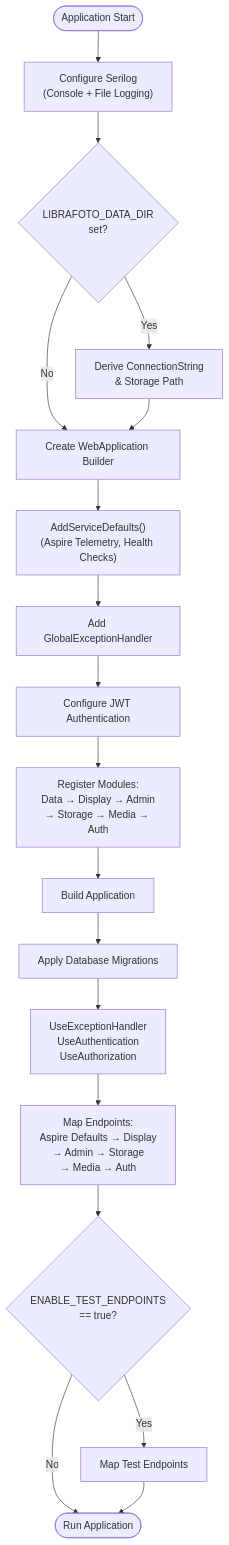
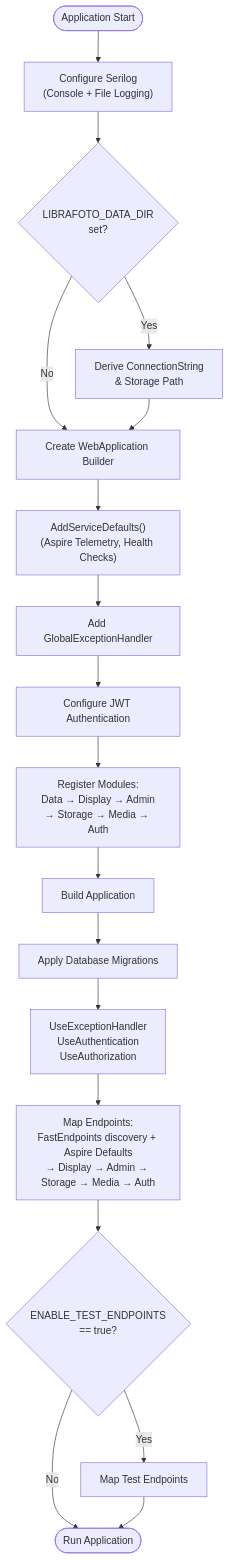
Before and after one commit to joelmeaders/LibraFoto: the third of 4 diagrams in docs/api/architecture-overview.md, drawn with Mermaid. The commit also changed other lines of this file and 299 other files, not shown here.

````diff
--- a/docs/api/architecture-overview.md
+++ b/docs/api/architecture-overview.md
@@ -146,22 +156,22 @@
 ```mermaid
 flowchart TD
     Start([Application Start]) --> Serilog["Configure Serilog<br/>(Console + File Logging)"]
     Serilog --> EnvCheck{"LIBRAFOTO_DATA_DIR<br/>set?"}
 
     EnvCheck -->|Yes| SetPaths["Derive ConnectionString<br/>& Storage Path"]
     EnvCheck -->|No| Builder["Create WebApplication Builder"]
     SetPaths --> Builder
 
     Builder --> ServiceDefaults["AddServiceDefaults()<br/>(Aspire Telemetry, Health Checks)"]
     ServiceDefaults --> ExHandler["Add GlobalExceptionHandler"]
     ExHandler --> JWT["Configure JWT Authentication"]
     JWT --> RegisterModules["Register Modules:<br/>Data → Display → Admin<br/>→ Storage → Media → Auth"]
     RegisterModules --> Build["Build Application"]
     Build --> Migrate["Apply Database Migrations"]
     Migrate --> Middleware["UseExceptionHandler<br/>UseAuthentication<br/>UseAuthorization"]
-    Middleware --> MapEndpoints["Map Endpoints:<br/>Aspire Defaults → Display<br/>→ Admin → Storage<br/>→ Media → Auth"]
+    Middleware --> MapEndpoints["Map Endpoints:<br/>FastEndpoints discovery + Aspire Defaults<br/>→ Display → Admin → Storage → Media → Auth"]
     MapEndpoints --> TestEndpoints{"ENABLE_TEST_ENDPOINTS<br/>== true?"}
     TestEndpoints -->|Yes| MapTest["Map Test Endpoints"]
     TestEndpoints -->|No| Run
     MapTest --> Run([Run Application])
 ```
````
